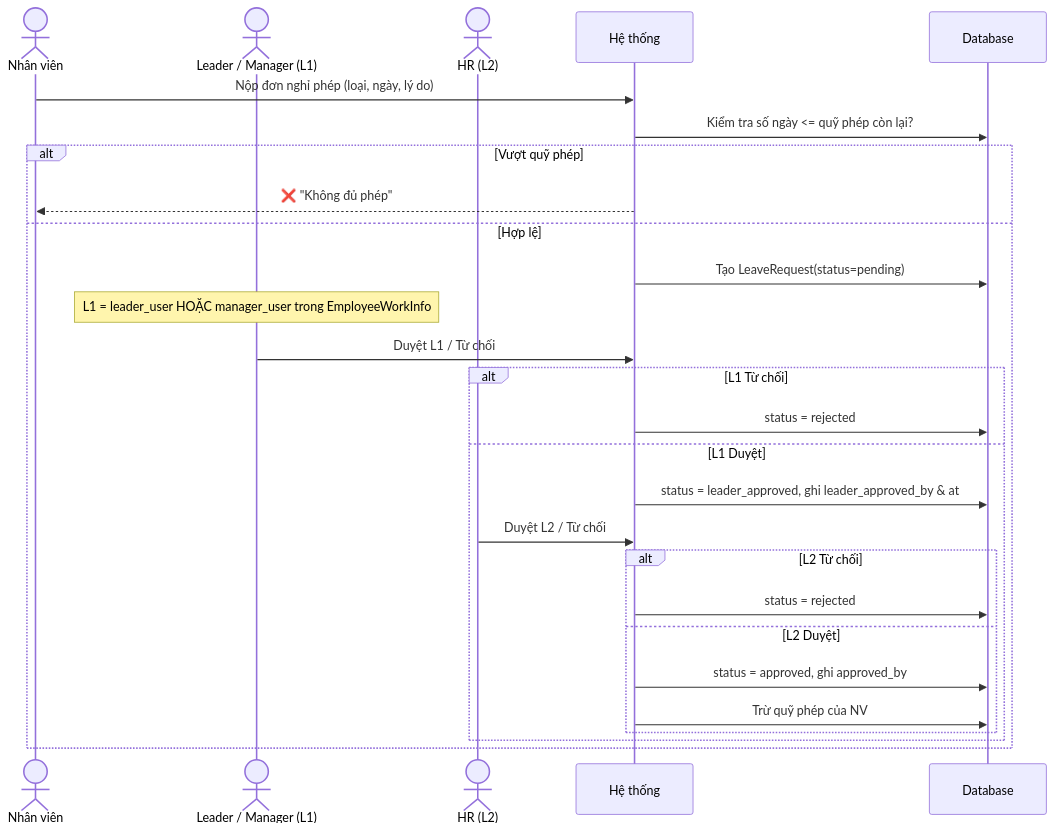
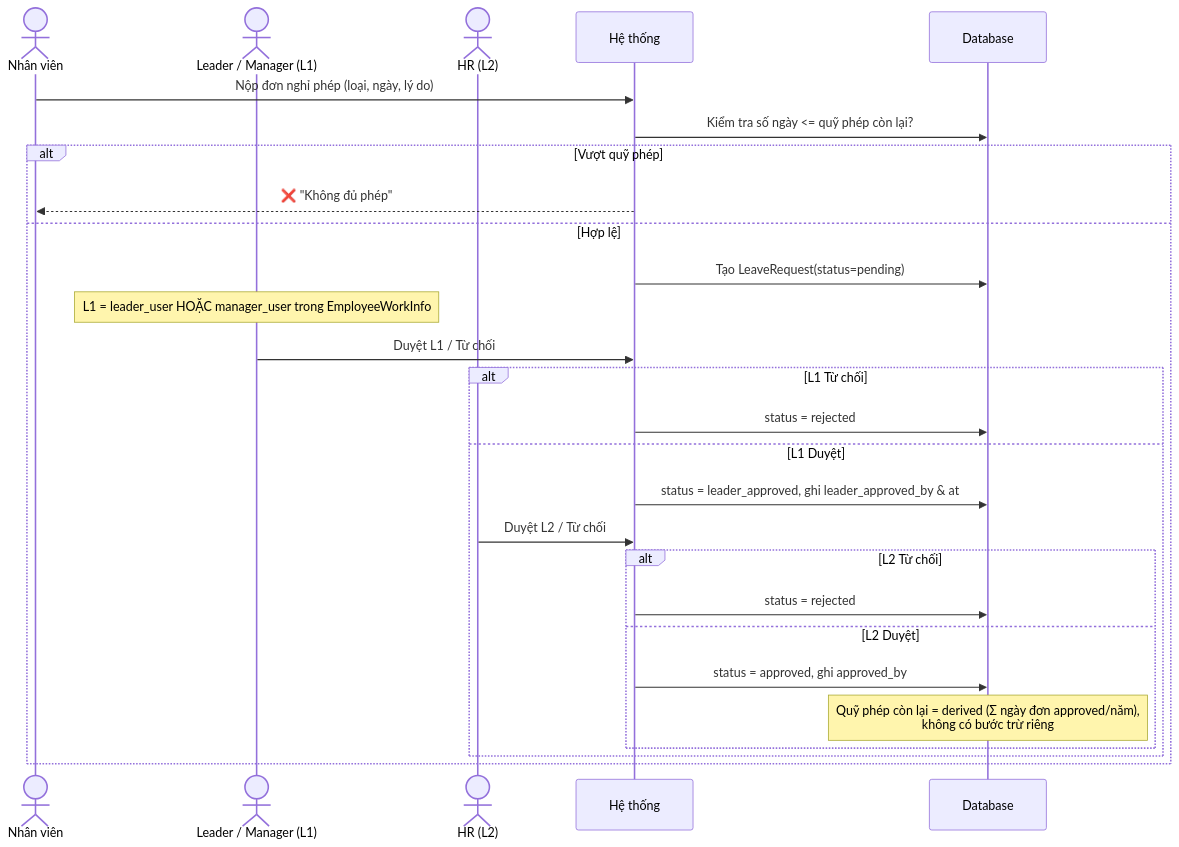
One commit to hohoangluan/Business_web_project changed the seventh of 18 diagrams in walkthrough.md. Above: the diagram before and after it, drawn with Mermaid. The commit also changed other lines of this file and 5 other files, not shown here.

Commit message:
Thêm các file .md diagram

````diff
--- a/walkthrough.md
+++ b/walkthrough.md
@@ -653,31 +651,31 @@
 ```mermaid
 sequenceDiagram
     actor Employee as Nhân viên
     actor L1 as Leader / Manager (L1)
     actor HR as HR (L2)
     participant System as Hệ thống
     participant DB as Database
 
     Employee->>System: Nộp đơn nghỉ phép (loại, ngày, lý do)
     System->>DB: Kiểm tra số ngày <= quỹ phép còn lại?
     alt Vượt quỹ phép
         System-->>Employee: ❌ "Không đủ phép"
     else Hợp lệ
         System->>DB: Tạo LeaveRequest(status=pending)
         Note over L1: L1 = leader_user HOẶC manager_user trong EmployeeWorkInfo
 
         L1->>System: Duyệt L1 / Từ chối
         alt L1 Từ chối
             System->>DB: status = rejected
         else L1 Duyệt
             System->>DB: status = leader_approved, ghi leader_approved_by & at
             HR->>System: Duyệt L2 / Từ chối
             alt L2 Từ chối
                 System->>DB: status = rejected
             else L2 Duyệt
                 System->>DB: status = approved, ghi approved_by
-                System->>DB: Trừ quỹ phép của NV
+                Note over DB: Quỹ phép còn lại = derived (Σ ngày đơn approved/năm),<br/>không có bước trừ riêng
             end
         end
     end
 ```
````
